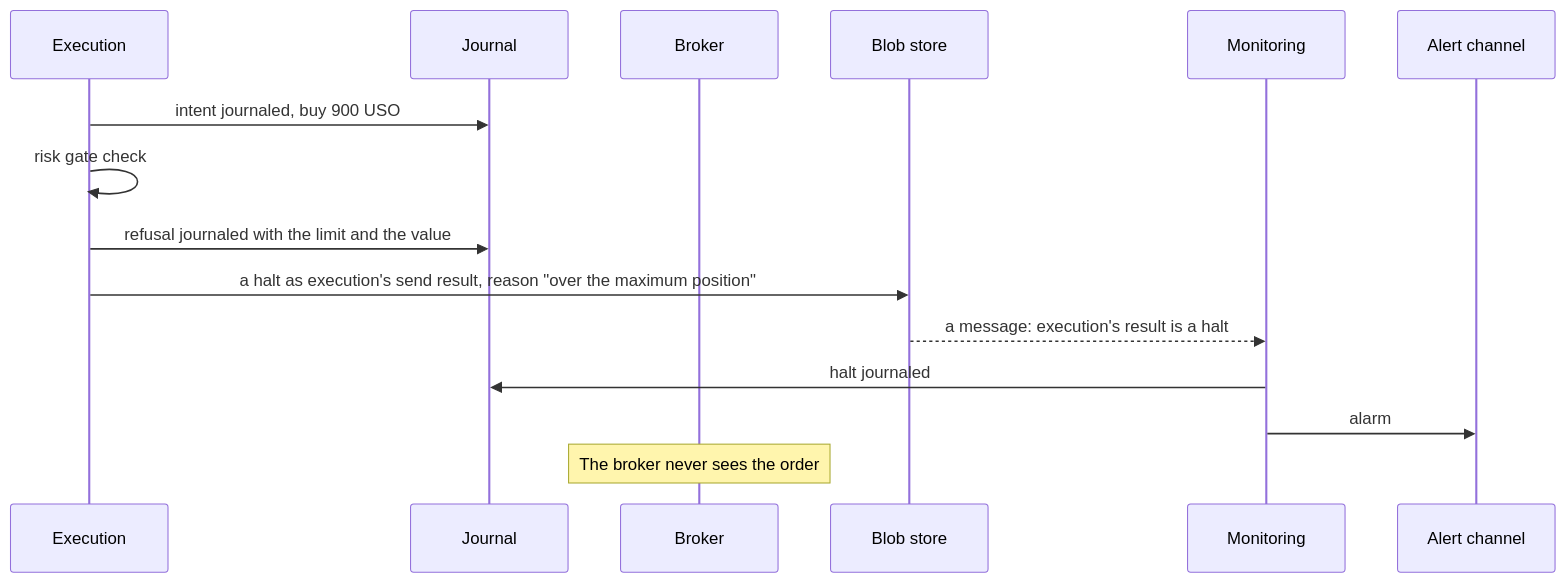
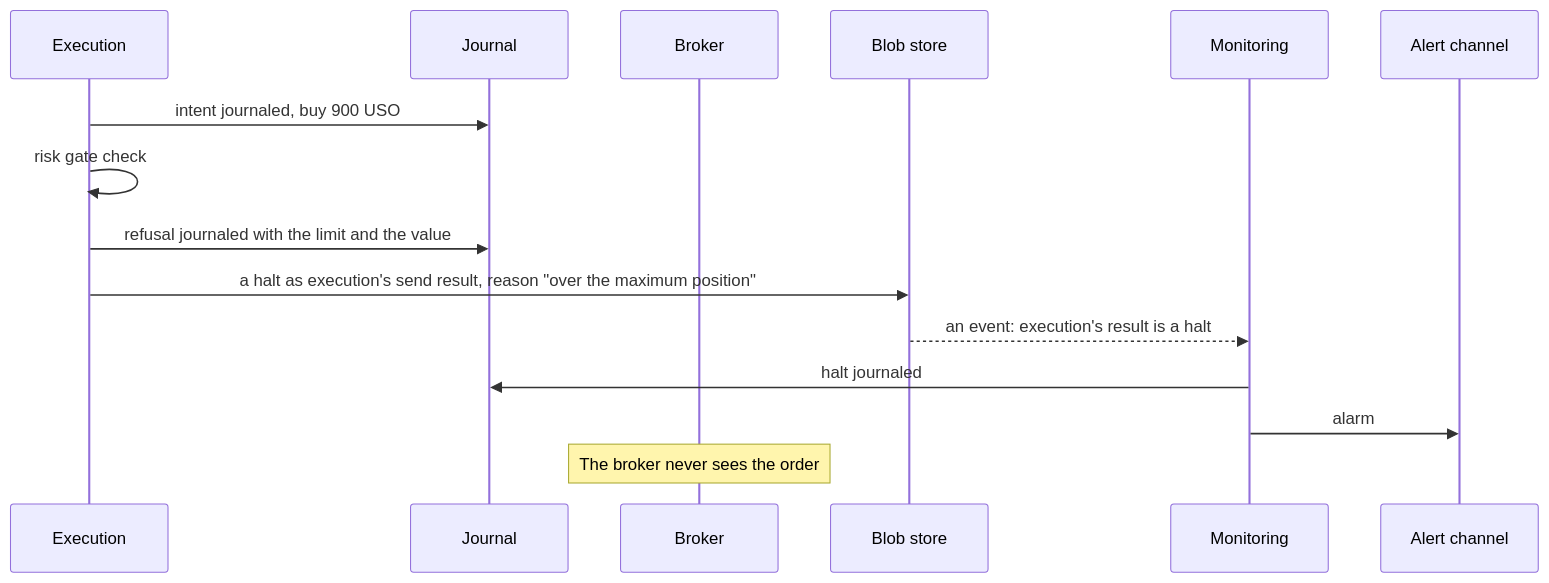
The seventh of 16 diagrams in docs/architecture.md (l3a0/ithildin-runtime), drawn with Mermaid before and after one commit. The commit also changed other lines of this file and 1 other file, not shown here.

````diff
--- a/docs/architecture.md
+++ b/docs/architecture.md
@@ -786,18 +780,18 @@
 ```mermaid
 sequenceDiagram
     participant X as Execution
     participant J as Journal
     participant B as Broker
     participant F as Blob store
     participant M as Monitoring
     participant L as Alert channel
 
     X->>J: intent journaled, buy 900 USO
     X->>X: risk gate check
     X->>J: refusal journaled with the limit and the value
     X->>F: a halt as execution's send result, reason "over the maximum position"
-    F-->>M: a message: execution's result is a halt
+    F-->>M: an event: execution's result is a halt
     M->>J: halt journaled
     M->>L: alarm
     Note over B: The broker never sees the order
 ```
````
